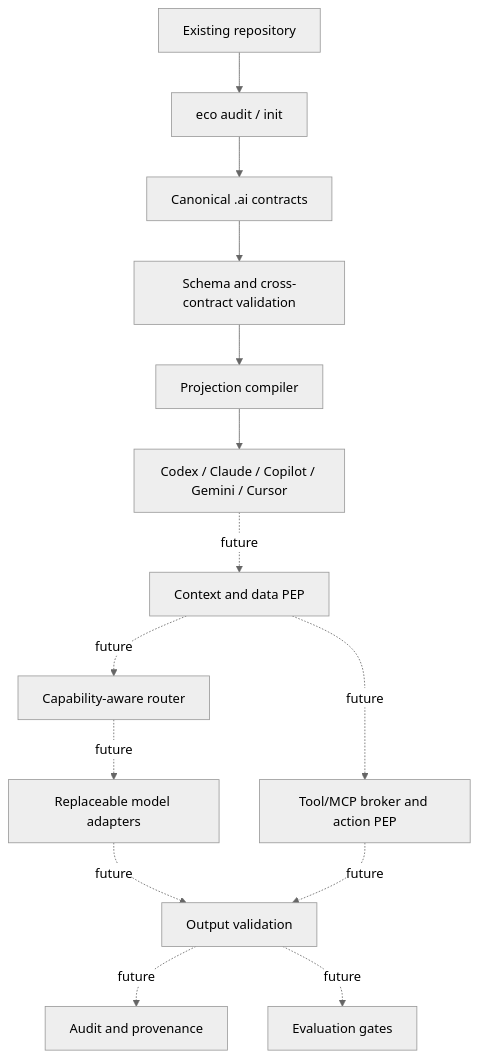
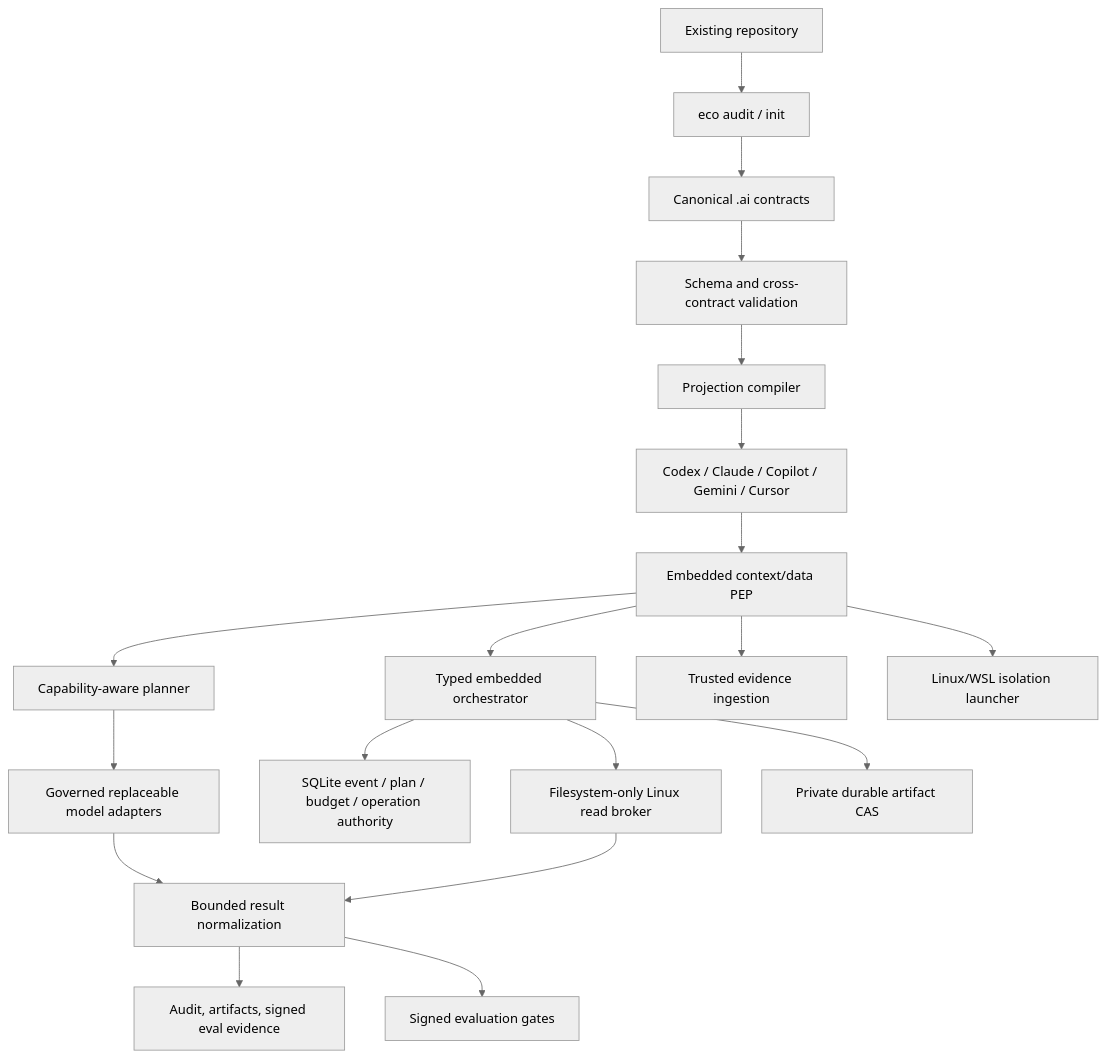
Before and after one commit to cyberdid/ecosystem: the diagram in docs/architecture/README.md, drawn with Mermaid (neutral theme). The commit also changed other lines of this file and 128 other files, not shown here.

Commit message:
feat: complete M2 read-only reference profile

````diff
--- a/docs/architecture/README.md
+++ b/docs/architecture/README.md
@@ -8,17 +9,22 @@
 ```mermaid
 flowchart TB
     R["Existing repository"] --> A["eco audit / init"]
     A --> C["Canonical .ai contracts"]
     C --> V["Schema and cross-contract validation"]
     V --> P["Projection compiler"]
     P --> H["Codex / Claude / Copilot / Gemini / Cursor"]
 
-    H -. future .-> DPEP["Context and data PEP"]
-    DPEP -. future .-> ROUTER["Capability-aware router"]
-    ROUTER -. future .-> ADAPTERS["Replaceable model adapters"]
-    DPEP -. future .-> BROKER["Tool/MCP broker and action PEP"]
-    ADAPTERS -. future .-> OUT["Output validation"]
-    BROKER -. future .-> OUT
-    OUT -. future .-> AUDIT["Audit and provenance"]
-    OUT -. future .-> EVAL["Evaluation gates"]
+    H --> DPEP["Embedded context/data PEP"]
+    DPEP --> ROUTER["Capability-aware planner"]
+    ROUTER --> ADAPTERS["Governed replaceable model adapters"]
+    DPEP --> ORCH["Typed embedded orchestrator"]
+    ORCH --> STORE["SQLite event / plan / budget / operation authority"]
+    ORCH --> BROKER["Filesystem-only Linux read broker"]
+    ORCH --> CAS["Private durable artifact CAS"]
+    DPEP --> EVIDENCE["Trusted evidence ingestion"]
+    DPEP --> ISOLATION["Linux/WSL isolation launcher"]
+    ADAPTERS --> OUT["Bounded result normalization"]
+    BROKER --> OUT
+    OUT --> AUDIT["Audit, artifacts, signed eval evidence"]
+    OUT --> EVAL["Signed evaluation gates"]
 ```
````
